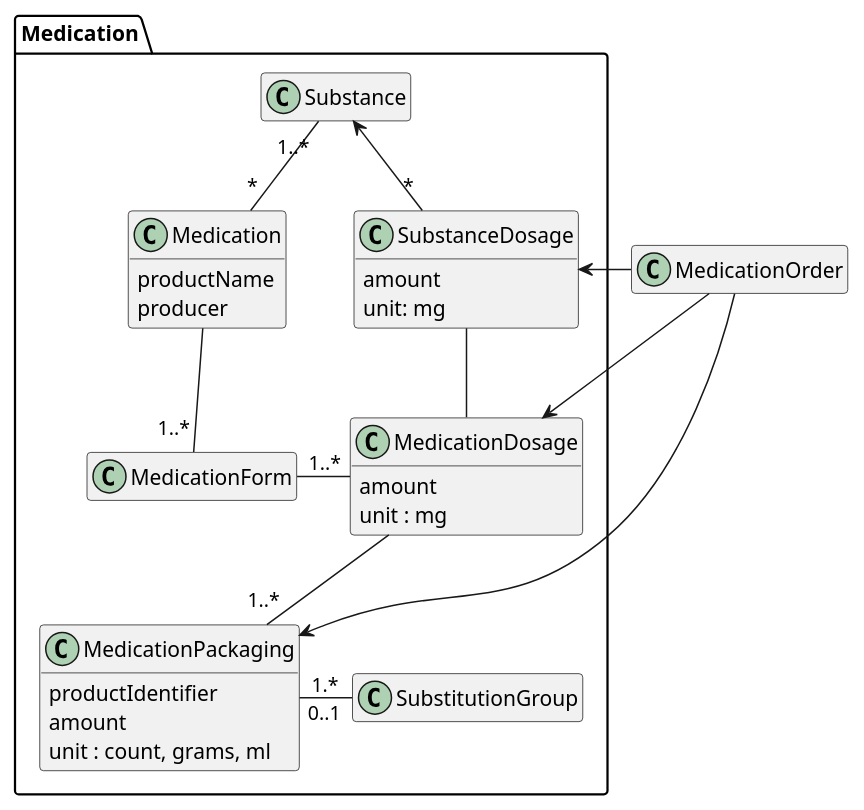
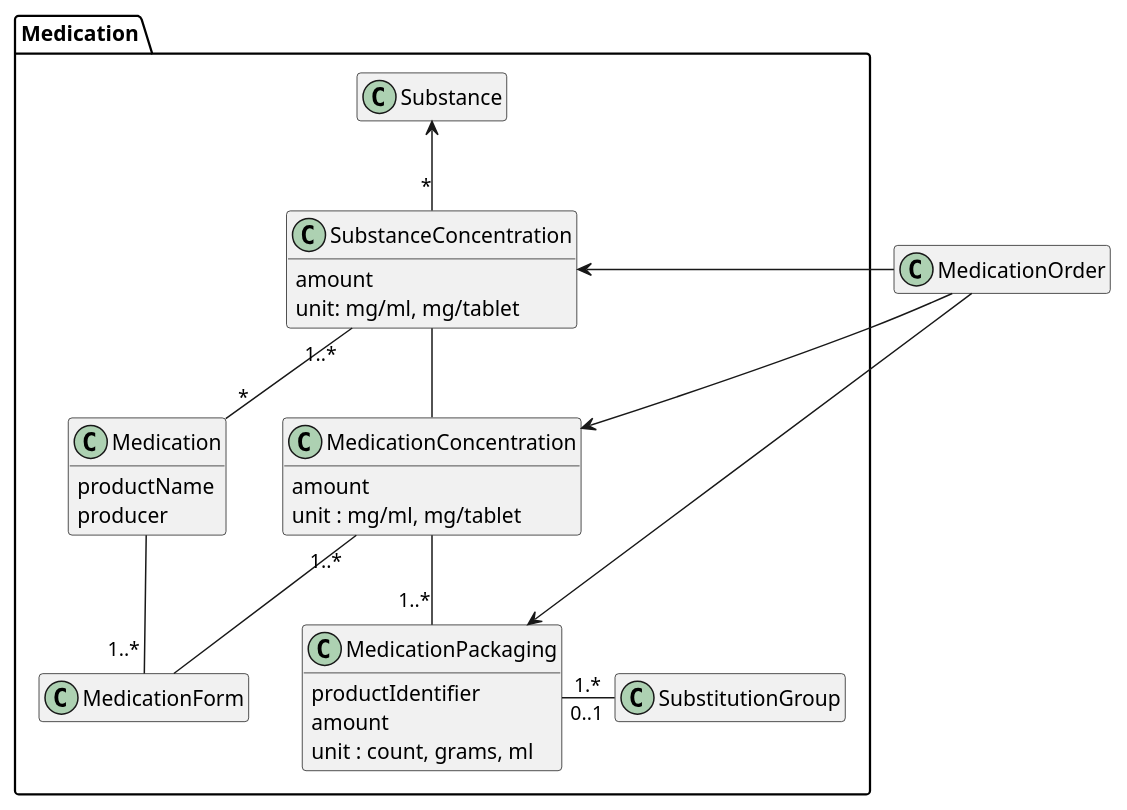
One commit to sopra-steria-norge/pharmacy.no changed the diagram in doc/class-medication.puml. Above: the diagram before and after it, drawn with PlantUML.

Commit message:
Medication domain model "dosage" => "Concentration"

```diff
--- a/doc/class-medication.puml
+++ b/doc/class-medication.puml
@@ -1,60 +1,60 @@
 @startuml
 
 package Medication {
     ' Legemiddel
     class Medication {
         productName
         producer
     }
 
     ' Virkestoff
     class Substance
 
-    ' Legemiddeldose
-    class SubstanceDosage {
+    ' VirkestoffMedStyrke
+    class SubstanceConcentration {
         amount
-        unit: mg
+        unit: mg/ml, mg/tablet
     }
 
-    ' Legemiddeldosering
-    class MedicationDosage {
+    ' Legemiddel
+    class MedicationConcentration {
         amount
-        unit : mg
+        unit : mg/ml, mg/tablet
     }
 
     ' Legemiddelform
     class MedicationForm {
         
     }
 
     ' Legemiddelpakning
     class MedicationPackaging {
         productIdentifier
         amount
         unit : count, grams, ml
     }
 
     ' Byttegruppe
     class SubstitutionGroup
 
-    SubstanceDosage "*" -up-> Substance
-    Medication "*" -up- "1..*" Substance
+    SubstanceConcentration "*" -up-> Substance
+    Medication "*" -up- "1..*" SubstanceConcentration
     MedicationForm "1..*" -up- Medication
-    MedicationDosage "1..*" - MedicationForm
-    MedicationDosage -up- SubstanceDosage
-    MedicationPackaging "1..*" -up- MedicationDosage
+    MedicationConcentration "1..*" - MedicationForm
+    MedicationConcentration -up- SubstanceConcentration
+    MedicationPackaging "1..*" -up- MedicationConcentration
     MedicationPackaging "1.*" - "0..1" SubstitutionGroup    
 }
 
 ' Resept
 class MedicationOrder
 
-MedicationOrder -right-> SubstanceDosage
-MedicationOrder -right-> MedicationDosage
+MedicationOrder -right-> SubstanceConcentration
+MedicationOrder -right-> MedicationConcentration
 MedicationOrder -right-> MedicationPackaging
 
 
 
 hide empty members
 hide methods
 @enduml
```
